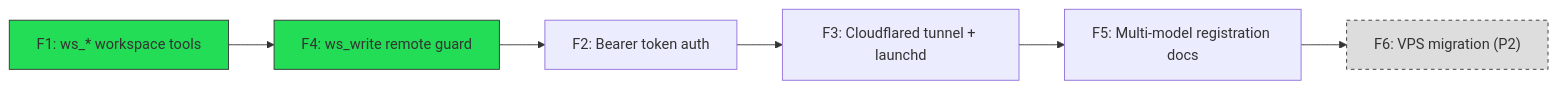
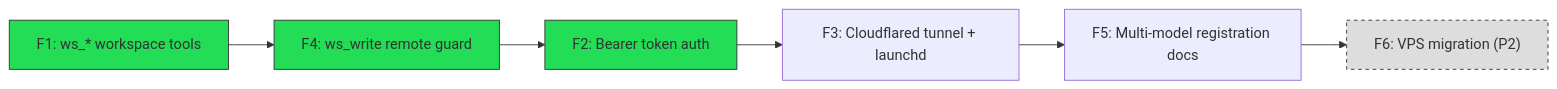
One commit to roithatworks/memorybridge changed the diagram in docs/MULTI_MODEL_FEATURES.md. Above: the diagram before and after it, drawn with Mermaid. The commit also changed 5 other files, not shown here.

Commit message:
feat(http,security): implement Bearer token auth, expand remote graph tools, and update packaging metadata (#208)

````diff
--- a/docs/MULTI_MODEL_FEATURES.md
+++ b/docs/MULTI_MODEL_FEATURES.md
@@ -20,12 +20,13 @@
 ```mermaid
 flowchart LR
     F1["F1: ws_* workspace tools"] --> F4["F4: ws_write remote guard"]
     F4 --> F2["F2: Bearer token auth"]
     F2 --> F3["F3: Cloudflared tunnel + launchd"]
     F3 --> F5["F5: Multi-model registration docs"]
     F5 --> F6["F6: VPS migration (P2)"]
 
     style F1 fill:#2d5,stroke:#333
     style F4 fill:#2d5,stroke:#333
+    style F2 fill:#2d5,stroke:#333
     style F6 fill:#ddd,stroke:#333,stroke-dasharray: 4 4
 ```
````
